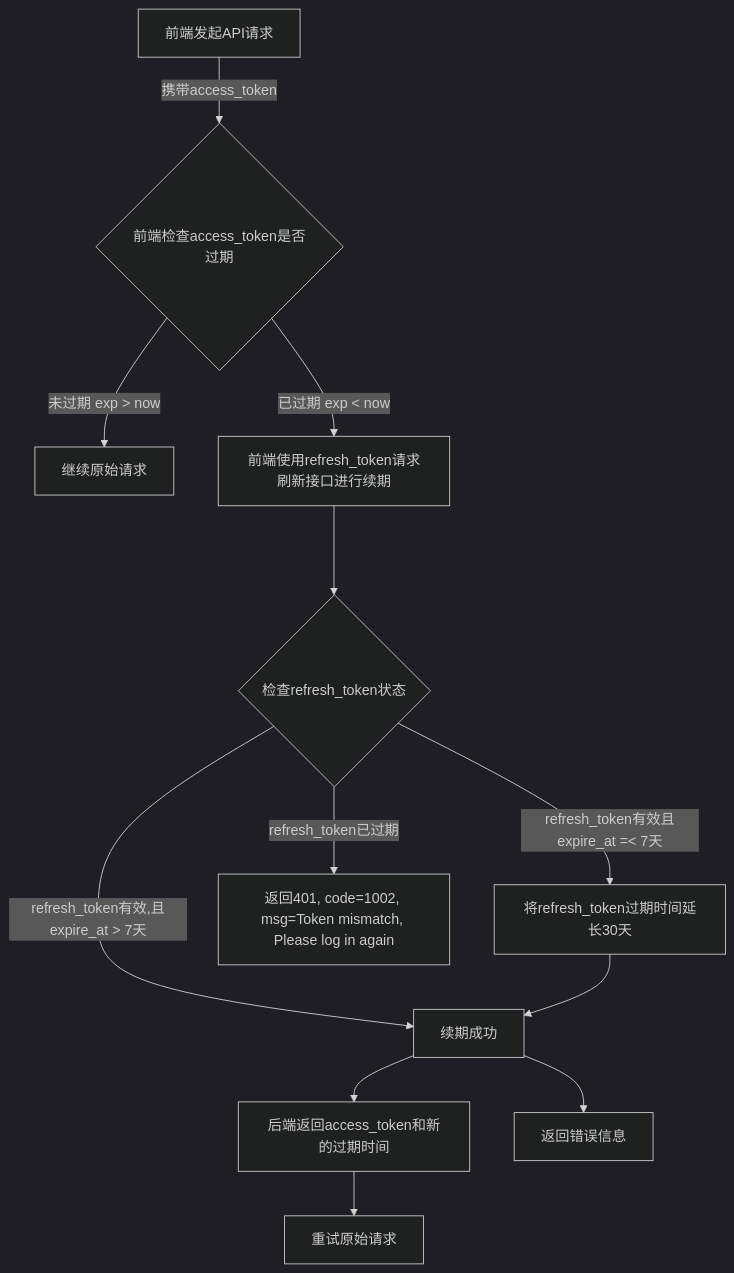
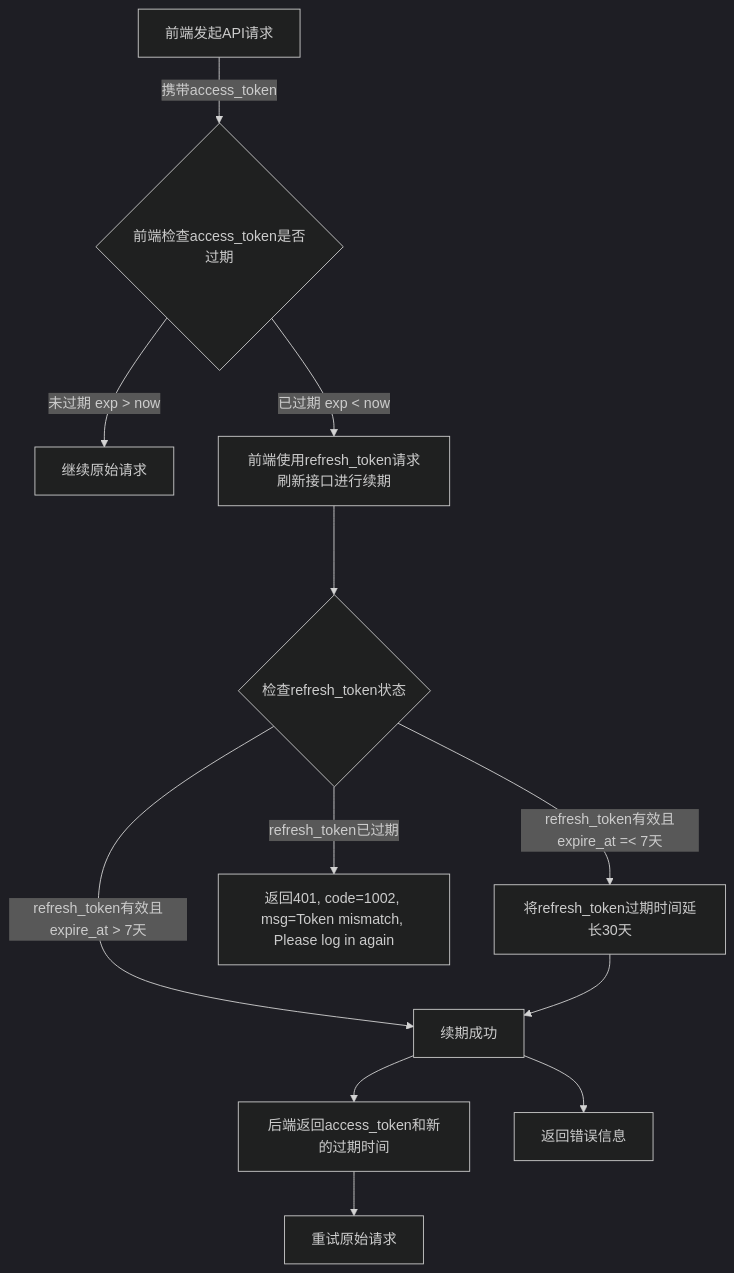
The diagram in all/openAPI-17.md (yingjianzh/iodraw-files), drawn with Mermaid (dark theme) before and after one commit.

Commit message:
2025-01-08 18:16:44 update

````diff
--- a/all/openAPI-17.md
+++ b/all/openAPI-17.md
@@ -1,15 +1,15 @@
 ```mermaid
 flowchart TD
     A[前端发起API请求] -->|携带access_token| B{前端检查access_token是否过期}
     B -->|未过期 exp > now| C[继续原始请求]
     B -->|已过期 exp < now| D[前端使用refresh_token请求刷新接口进行续期]
     D ---> L{检查refresh_token状态}
     L -->|refresh_token有效且expire_at =< 7天| E[将refresh_token过期时间延长30天]
     L -->|refresh_token已过期| F[返回401, code=1002, msg=Token mismatch, Please log in again]
-    L -->|refresh_token有效,且expire_at > 7天 | G[续期成功]
+    L -->|refresh_token有效且expire_at > 7天 | G[续期成功]
     G -->H[后端返回access_token和新的过期时间]
     G -->I[返回错误信息]
     H --> J[重试原始请求]
     E --> G
 
 ```
````
